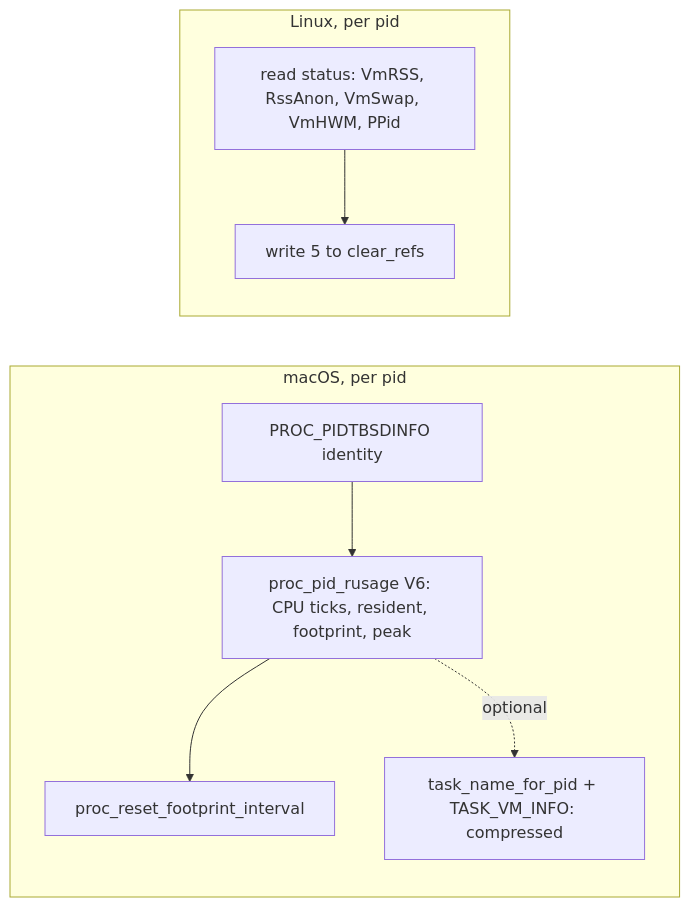
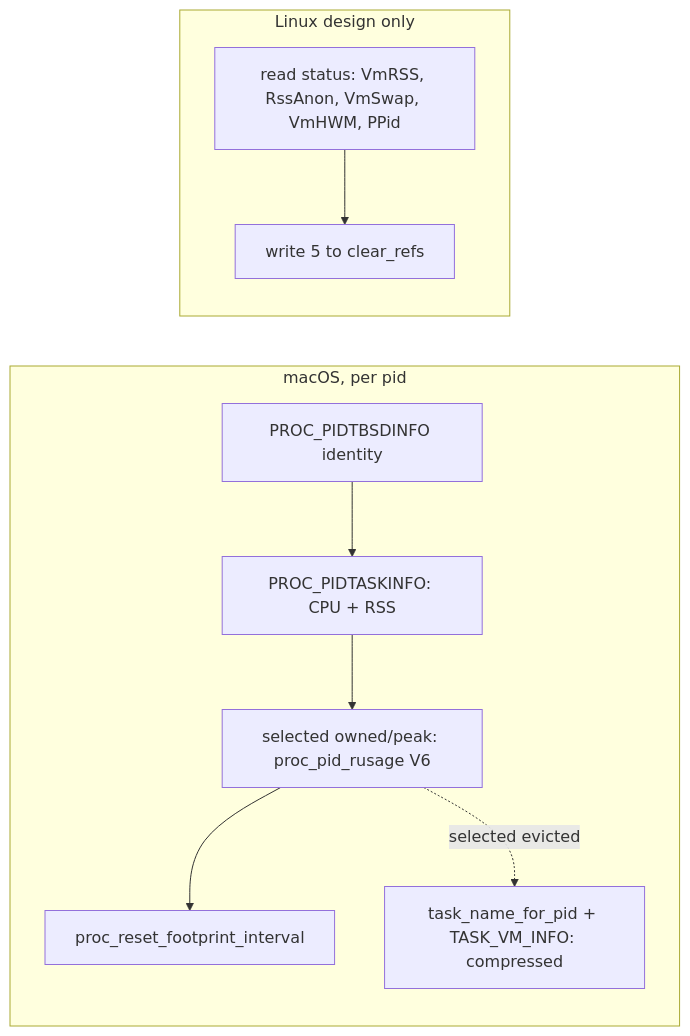
One commit to unphased/vim-config changed the second of 3 diagrams in herdr-plugins/pane-load/MEMORY_METRICS.md. Above: the diagram before and after it, drawn with Mermaid. The commit also changed other lines of this file and 3 other files, not shown here.

````diff
--- a/herdr-plugins/pane-load/MEMORY_METRICS.md
+++ b/herdr-plugins/pane-load/MEMORY_METRICS.md
@@ -58,11 +64,12 @@
 ```mermaid
 flowchart LR
   subgraph macOS["macOS, per pid"]
-    B[PROC_PIDTBSDINFO identity] --> R["proc_pid_rusage V6: CPU ticks, resident, footprint, peak"]
+    B[PROC_PIDTBSDINFO identity] --> T["PROC_PIDTASKINFO: CPU + RSS"]
+    T --> R["selected owned/peak: proc_pid_rusage V6"]
     R --> X[proc_reset_footprint_interval]
-    R -. optional .-> V["task_name_for_pid + TASK_VM_INFO: compressed"]
+    R -. selected evicted .-> V["task_name_for_pid + TASK_VM_INFO: compressed"]
   end
-  subgraph Linux["Linux, per pid"]
+  subgraph Linux["Linux design only"]
     S["read status: VmRSS, RssAnon, VmSwap, VmHWM, PPid"] --> C["write 5 to clear_refs"]
   end
 ```
````
